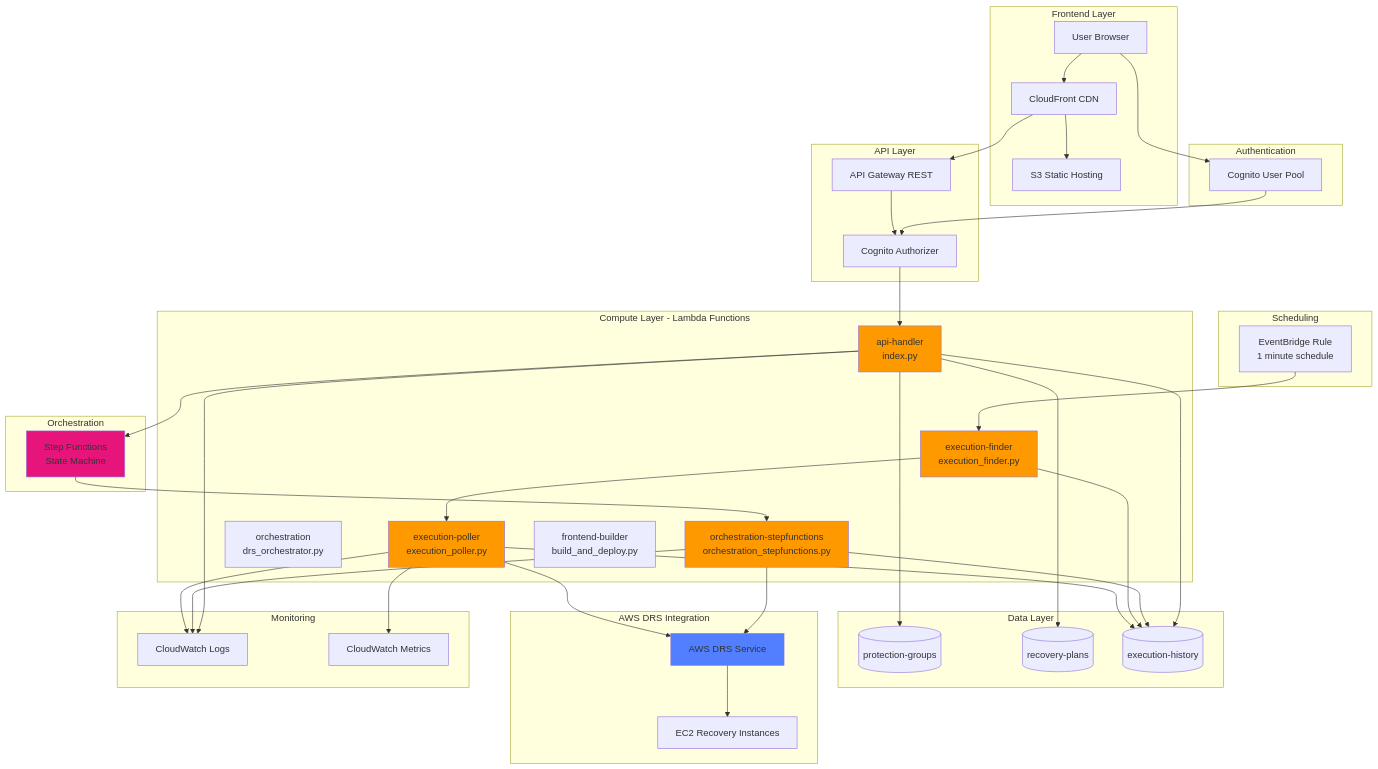
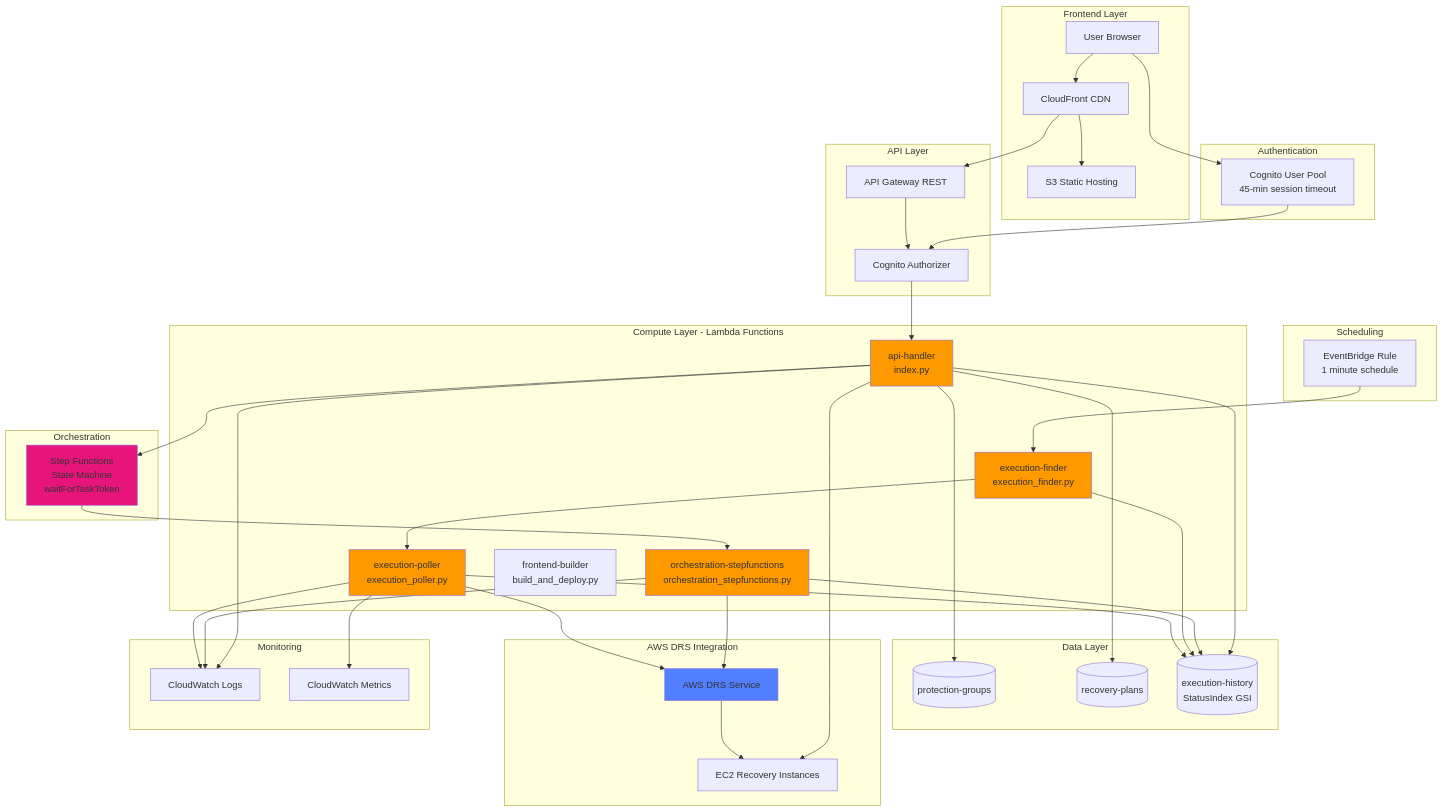
The first of 12 diagrams in docs/architecture/ARCHITECTURE_DIAGRAMS.md (johnjcousens/aws-elasticdrs-orchestrator), drawn with Mermaid before and after one commit. The commit also changed other lines of this file and 16 other files, not shown here.

```diff
--- a/docs/architecture/ARCHITECTURE_DIAGRAMS.md
+++ b/docs/architecture/ARCHITECTURE_DIAGRAMS.md
@@ -24,7 +33,7 @@
     end
     
     subgraph "Authentication"
-        Cognito[Cognito User Pool]
+        Cognito[Cognito User Pool<br/>45-min session timeout]
     end
     
     subgraph "API Layer"
@@ -35,24 +44,23 @@
     subgraph "Compute Layer - Lambda Functions"
         APIHandler[api-handler<br/>index.py]
         OrchSF[orchestration-stepfunctions<br/>orchestration_stepfunctions.py]
-        OrchLegacy[orchestration<br/>drs_orchestrator.py]
         ExecFinder[execution-finder<br/>execution_finder.py]
         ExecPoller[execution-poller<br/>execution_poller.py]
         FEBuilder[frontend-builder<br/>build_and_deploy.py]
     end
     
     subgraph "Orchestration"
-        StepFn[Step Functions<br/>State Machine]
+        StepFn[Step Functions<br/>State Machine<br/>waitForTaskToken]
     end
     
     subgraph "Scheduling"
         EventBridge[EventBridge Rule<br/>1 minute schedule]
     end
-    
+
     subgraph "Data Layer"
         DDBProtection[(protection-groups)]
         DDBPlans[(recovery-plans)]
-        DDBHistory[(execution-history)]
+        DDBHistory[(execution-history<br/>StatusIndex GSI)]
     end
     
     subgraph "AWS DRS Integration"
@@ -77,6 +85,7 @@
     APIHandler --> DDBPlans
     APIHandler --> DDBHistory
     APIHandler --> StepFn
+    APIHandler --> EC2Recovery
     
     StepFn --> OrchSF
     OrchSF --> DRS
```
